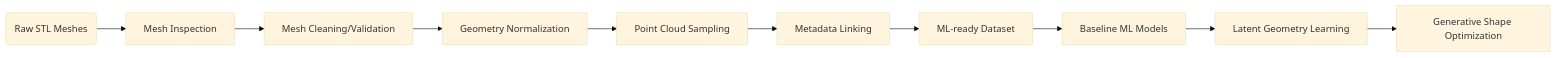
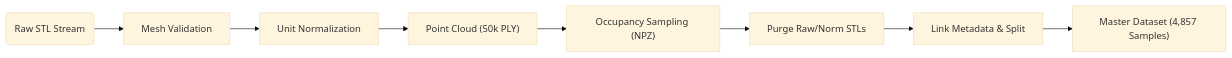
Before and after one commit to AdiArtifice/Generative-Design-Low-Drag-Car-Bodies: the diagram in README.md, drawn with Mermaid (base theme). The commit also changed other lines of this file and 1 other file, not shown here.

Commit message:
docs: update README and roadmap with 4,857 multi-config dataset and C-VAE refactor

````diff
--- a/README.md
+++ b/README.md
@@ -206,12 +167,10 @@
 ```mermaid
 graph LR
-    raw("Raw STL Meshes") --> inspect["Mesh Inspection"]
-    inspect --> clean["Mesh Cleaning/Validation"]
-    clean --> normalize["Geometry Normalization"]
-    normalize --> sample["Point Cloud Sampling"]
-    sample --> link["Metadata Linking"]
-    link --> mlready["ML-ready Dataset"]
-    mlready --> baseline["Baseline ML Models"]
-    baseline --> latent["Latent Geometry Learning"]
-    latent --> generative["Generative Shape Optimization"]
+    raw("Raw STL Stream") --> inspect["Mesh Validation"]
+    inspect --> normalize["Unit Normalization"]
+    normalize --> sample["Point Cloud (50k PLY)"]
+    sample --> occ["Occupancy Sampling (NPZ)"]
+    occ --> purge["Purge Raw/Norm STLs"]
+    purge --> link["Link Metadata & Split"]
+    link --> mlready["Master Dataset (4,857 Samples)"]
 ```
````
